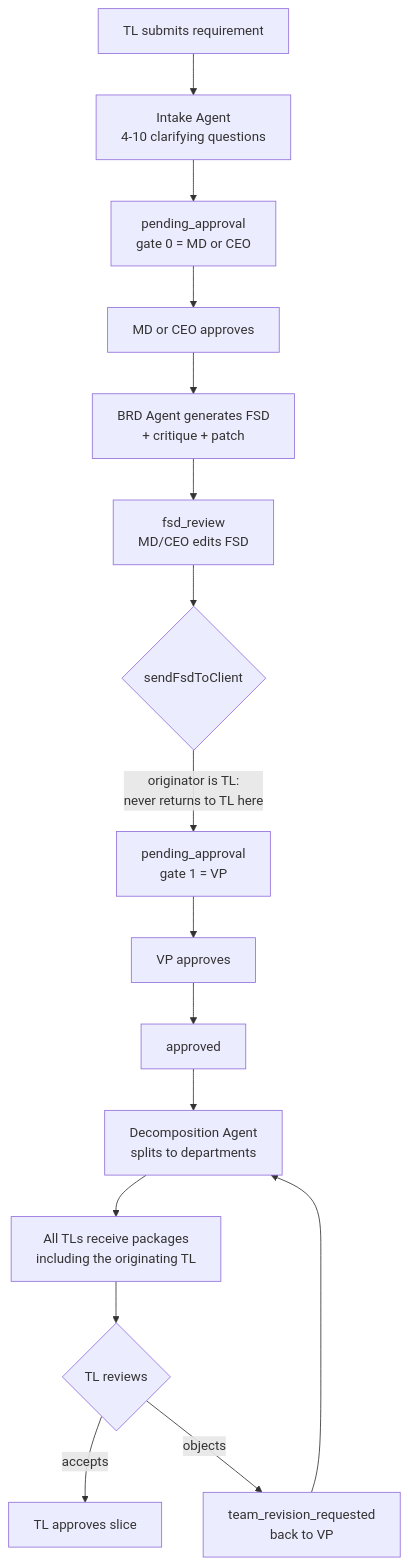
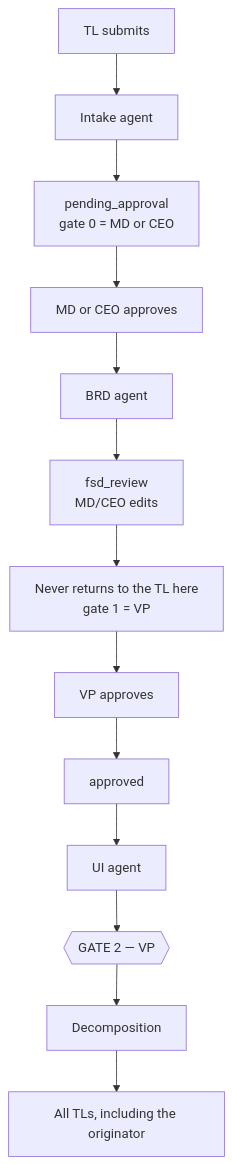
Before and after one commit to ronit-j-sdms1030/ai-factory: the sixth of 8 diagrams in docs/architecture.md, drawn with Mermaid. The commit also changed other lines of this file and 2 other files, not shown here.

````diff
--- a/docs/architecture.md
+++ b/docs/architecture.md
@@ -136,18 +210,11 @@
 ```mermaid
 flowchart TD
-    A[TL submits requirement] --> B[Intake Agent<br/>4-10 clarifying questions]
+    A[TL submits] --> B[Intake agent]
     B --> C[pending_approval<br/>gate 0 = MD or CEO]
-    C --> D[MD or CEO approves]
-    D --> E[BRD Agent generates FSD<br/>+ critique + patch]
-    E --> F[fsd_review<br/>MD/CEO edits FSD]
-    F --> G{sendFsdToClient}
-    G -->|originator is TL:<br/>never returns to TL here| H[pending_approval<br/>gate 1 = VP]
-    H --> I[VP approves]
-    I --> J[approved]
-    J --> K[Decomposition Agent<br/>splits to departments]
-    K --> L[All TLs receive packages<br/>including the originating TL]
-    L --> M{TL reviews}
-    M -->|accepts| N[TL approves slice]
-    M -->|objects| O[team_revision_requested<br/>back to VP]
-    O --> K
+    C --> D[MD or CEO approves] --> E[BRD agent]
+    E --> F[fsd_review<br/>MD/CEO edits]
+    F --> G[Never returns to the TL here<br/>gate 1 = VP]
+    G --> H[VP approves] --> I[approved]
+    I --> J[UI agent] --> K{{GATE 2 — VP}}
+    K --> L[Decomposition] --> M[All TLs, including the originator]
 ```
````
